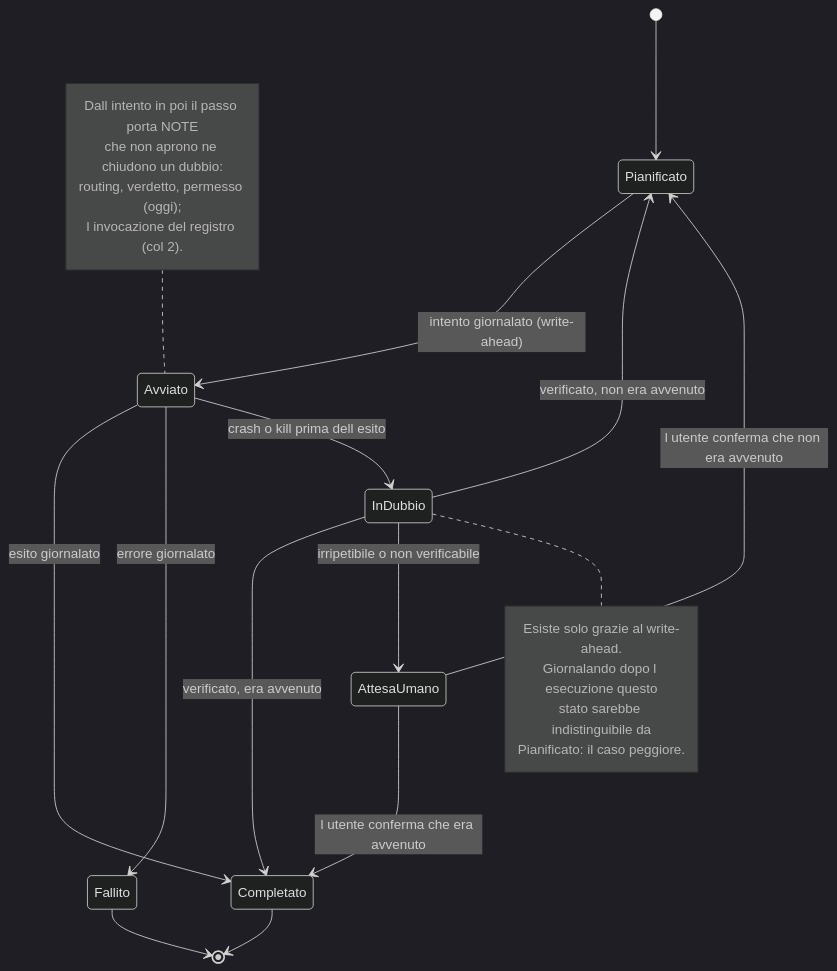
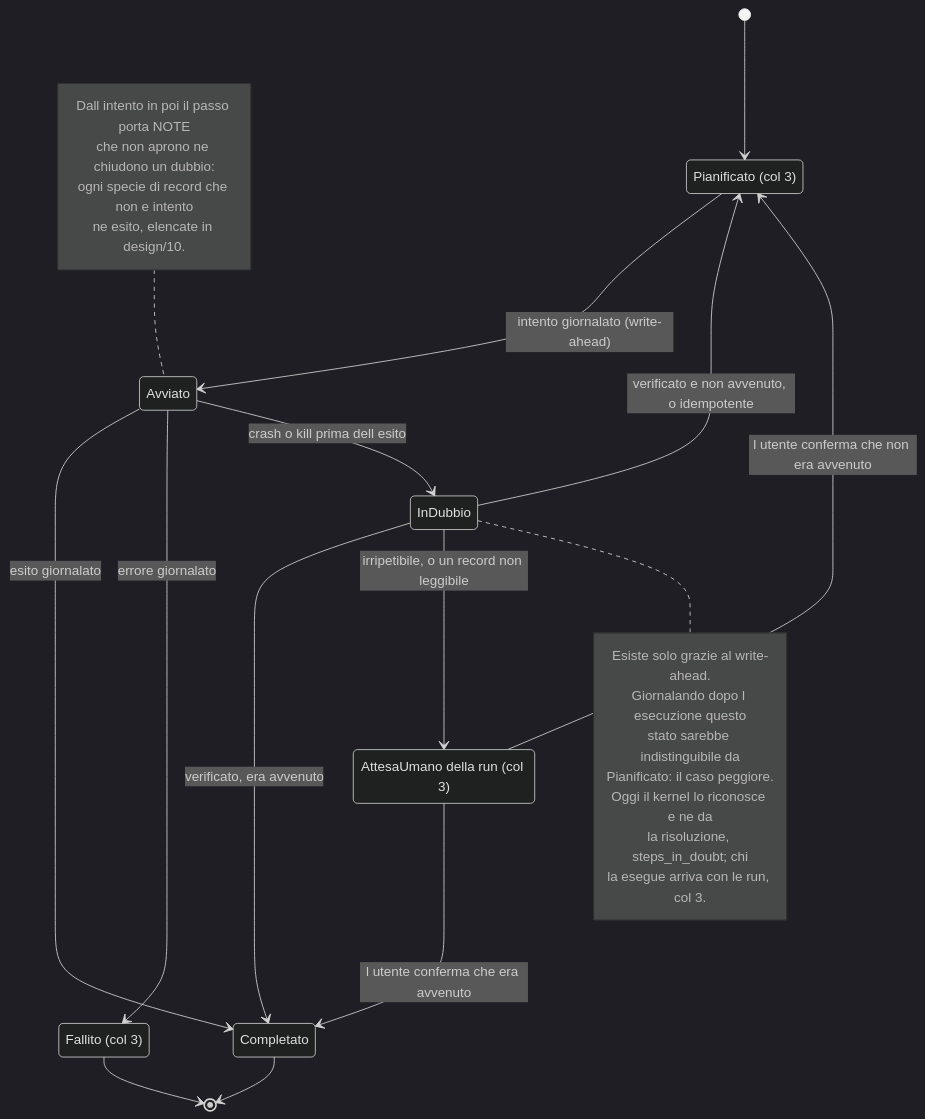
The second of 3 diagrams in docs/design/03-run-durevoli.md (devfrx/daemon), drawn with Mermaid (dark theme) before and after one commit. The commit also changed other lines of this file and 3 other files, not shown here.

First line of the commit message:
audit(2026-09-30): La regola 2 del README e i diagrammi 01-03

````diff
--- a/docs/design/03-run-durevoli.md
+++ b/docs/design/03-run-durevoli.md
@@ -57,34 +67,41 @@
 ```mermaid
 stateDiagram-v2
+    state "Pianificato (col 3)" as Pianificato
+    state "Fallito (col 3)" as Fallito
+    state "AttesaUmano della run (col 3)" as AttesaUmano
+
     [*] --> Pianificato
 
     Pianificato --> Avviato : intento giornalato (write-ahead)
 
     Avviato --> Completato : esito giornalato
     Avviato --> Fallito : errore giornalato
     Avviato --> InDubbio : crash o kill prima dell esito
 
     InDubbio --> Completato : verificato, era avvenuto
-    InDubbio --> Pianificato : verificato, non era avvenuto
-    InDubbio --> AttesaUmano : irripetibile o non verificabile
+    InDubbio --> Pianificato : verificato e non avvenuto, o idempotente
+    InDubbio --> AttesaUmano : irripetibile, o un record non leggibile
 
     AttesaUmano --> Completato : l utente conferma che era avvenuto
     AttesaUmano --> Pianificato : l utente conferma che non era avvenuto
 
     Completato --> [*]
     Fallito --> [*]
 
     note left of Avviato
         Dall intento in poi il passo porta NOTE
         che non aprono ne chiudono un dubbio:
-        routing, verdetto, permesso (oggi);
-        l invocazione del registro (col 2).
+        ogni specie di record che non e intento
+        ne esito, elencate in design/10.
     end note
 
     note right of InDubbio
         Esiste solo grazie al write-ahead.
         Giornalando dopo l esecuzione questo
         stato sarebbe indistinguibile da
         Pianificato: il caso peggiore.
+        Oggi il kernel lo riconosce e ne da
+        la risoluzione, steps_in_doubt; chi
+        la esegue arriva con le run, col 3.
     end note
 ```
````
